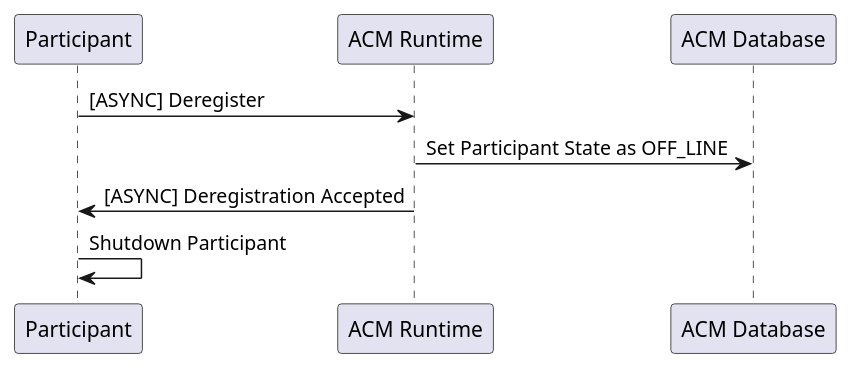
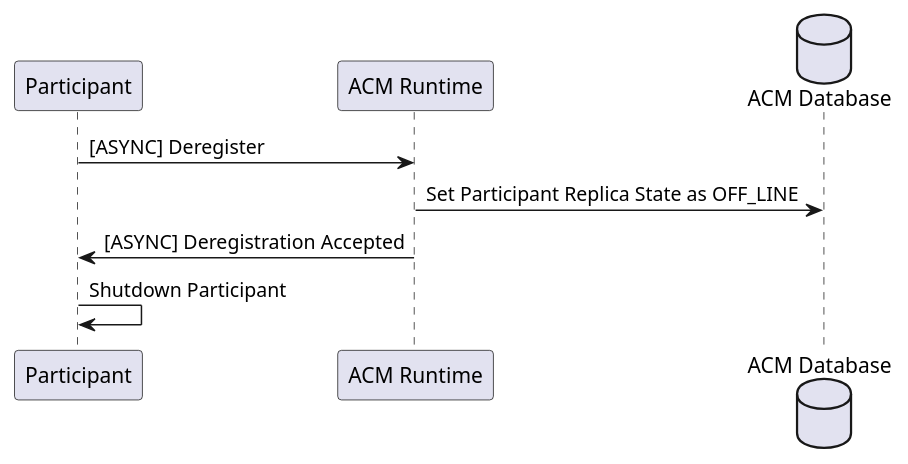
The diagram in docs/clamp/acm/api-protocol/puml/ParticipantDeregister.puml (onap/policy-parent), drawn with PlantUML before and after one commit. The commit also changed 40 other files, not shown here.

```diff
--- a/docs/clamp/acm/api-protocol/puml/ParticipantDeregister.puml
+++ b/docs/clamp/acm/api-protocol/puml/ParticipantDeregister.puml
@@ -1,6 +1,11 @@
 @startuml
+
+participant Participant
+participant "ACM Runtime"
+database "ACM Database"
+
 Participant -> "ACM Runtime": [ASYNC] Deregister
-"ACM Runtime" -> "ACM Database": Set Participant State as OFF_LINE
+"ACM Runtime" -> "ACM Database": Set Participant Replica State as OFF_LINE
 Participant <- "ACM Runtime": [ASYNC] Deregistration Accepted
 Participant -> Participant: Shutdown Participant
 @enduml
```
